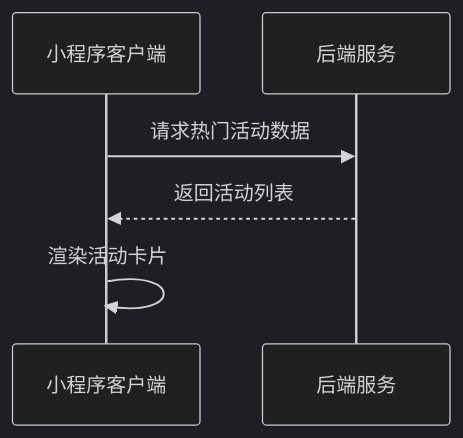
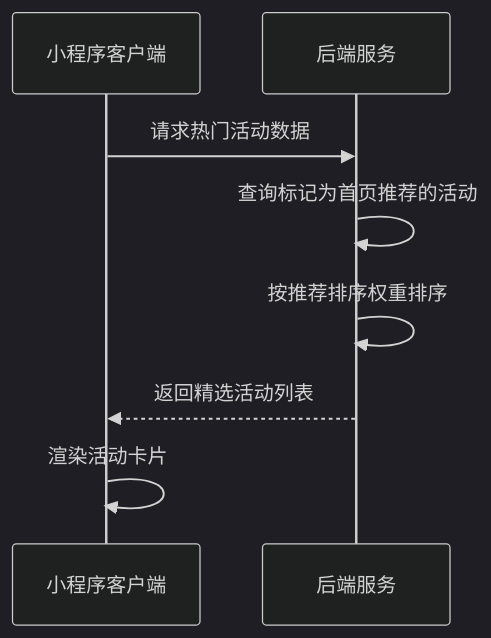
The second of 6 diagrams in api-docs/index.md (Childho/V4), drawn with Mermaid (dark theme) before and after one commit. The commit also changed other lines of this file and 13 other files, not shown here.

````diff
--- a/api-docs/index.md
+++ b/api-docs/index.md
@@ -72,8 +72,10 @@
 ```mermaid
 sequenceDiagram
     participant Client as 小程序客户端
     participant Server as 后端服务
     Client->>Server: 请求热门活动数据
-    Server-->>Client: 返回活动列表
+    Server->>Server: 查询标记为首页推荐的活动
+    Server->>Server: 按推荐排序权重排序
+    Server-->>Client: 返回精选活动列表
     Client->>Client: 渲染活动卡片
 ```
````
